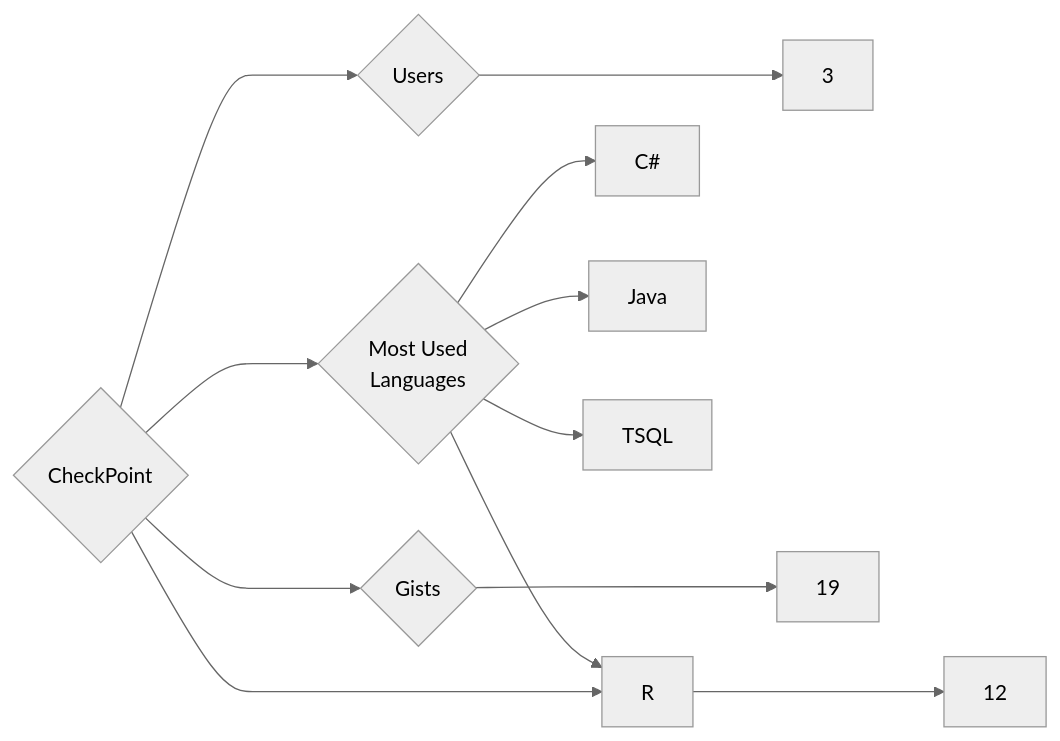
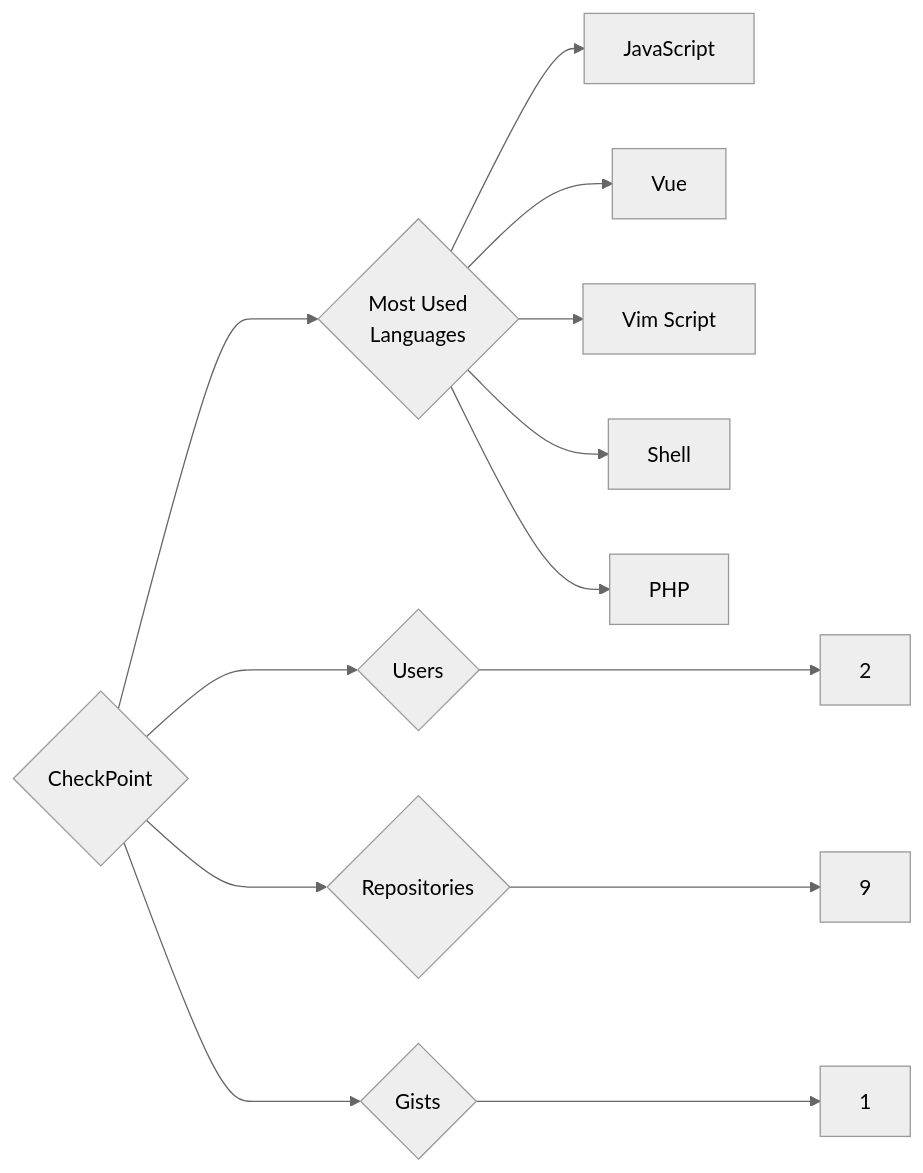
One commit to trickest/insiders changed the diagram in targets/CheckPoint/README.md. Above: the diagram before and after it, drawn with Mermaid (neutral theme). The commit also changed 857 other files, not shown here.

````diff
--- a/targets/CheckPoint/README.md
+++ b/targets/CheckPoint/README.md
@@ -3,12 +3,13 @@
 ```mermaid
 graph LR
 COMPANY_NAME{CheckPoint}
-COMPANY_NAME ---> U{Users} ---> UN[3]
-COMPANY_NAME ---> R{Repositories} ---> RN[12]
-COMPANY_NAME ---> G{Gists} ---> GN[19]
+COMPANY_NAME ---> U{Users} ---> UN[2]
+COMPANY_NAME ---> R{Repositories} ---> RN[9]
+COMPANY_NAME ---> G{Gists} ---> GN[1]
 COMPANY_NAME ---> ML{Most Used<br>Languages}
-ML --> C#[C#]
-ML --> R[R]
-ML --> Java[Java]
-ML --> TSQL[TSQL]
+ML --> JavaScript[JavaScript]
+ML --> Vue[Vue]
+ML --> Vim_Script[Vim Script]
+ML --> Shell[Shell]
+ML --> PHP[PHP]
 ```
````
